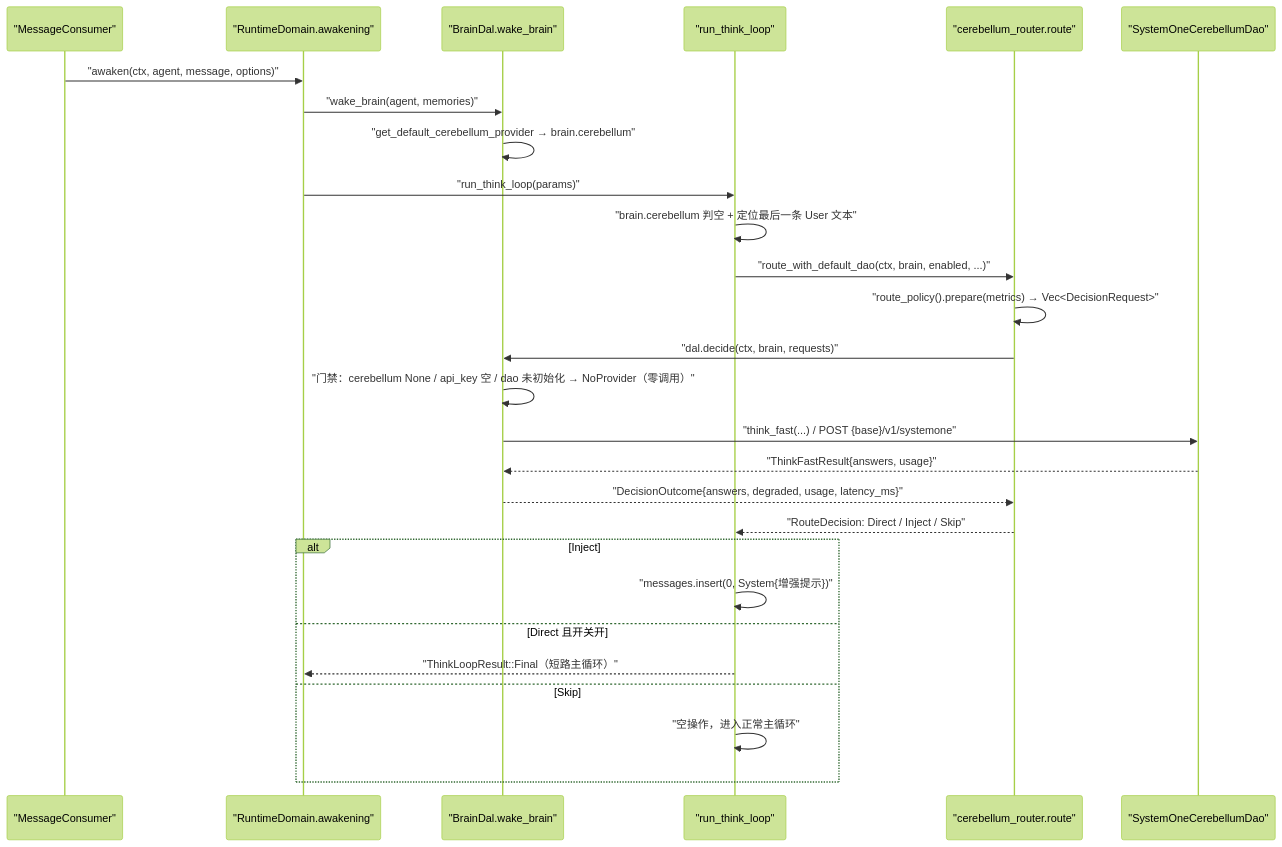
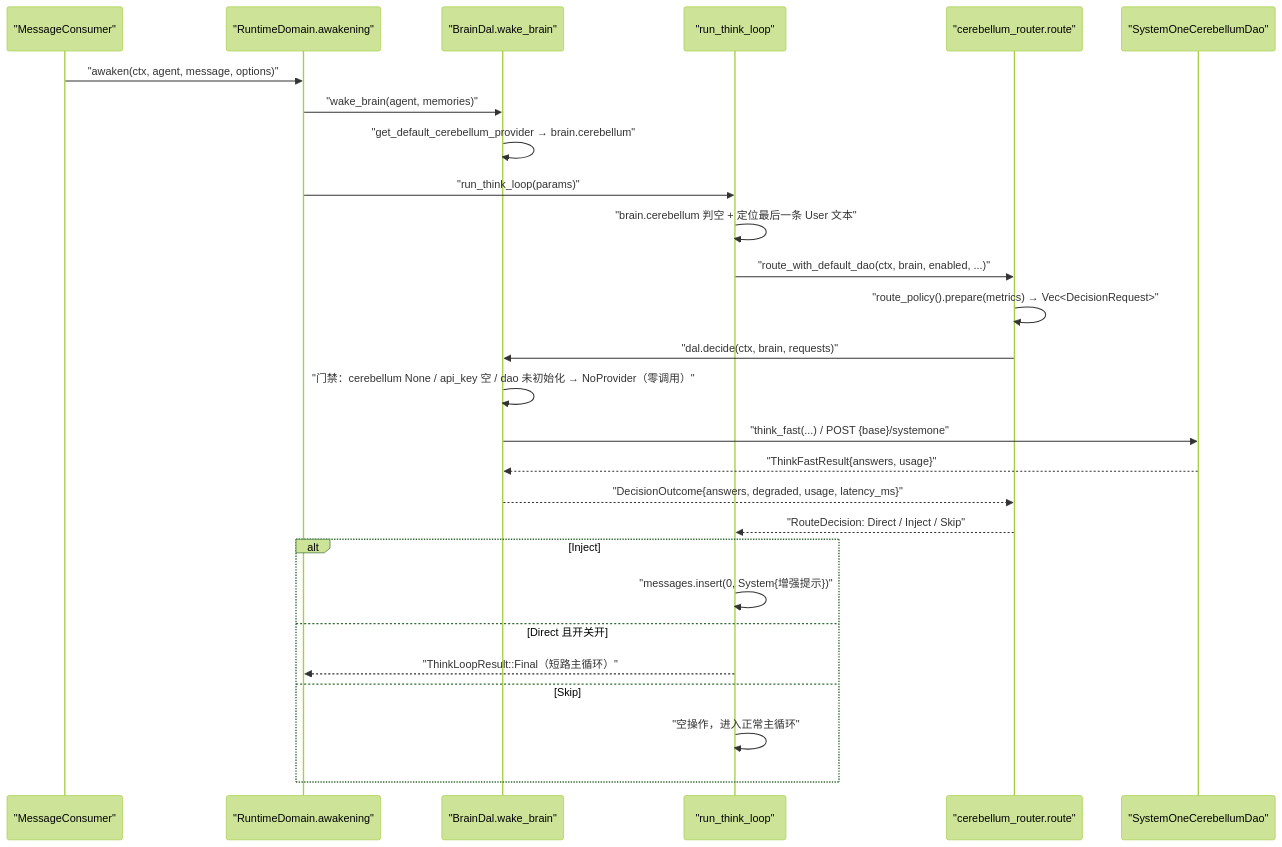
The second of 6 diagrams in docs/modules/02-Agent运行时/C-知识/小脑快判断（System One）.md (runningcoders/ai_orz), drawn with Mermaid (forest theme) before and after one commit. The commit also changed other lines of this file and 74 other files, not shown here.

````diff
--- a/docs/modules/02-Agent运行时/C-知识/小脑快判断（System One）.md
+++ b/docs/modules/02-Agent运行时/C-知识/小脑快判断（System One）.md
@@ -118,29 +118,29 @@
 ```mermaid
 sequenceDiagram
 participant Consumer as "MessageConsumer"
 participant Awaken as "RuntimeDomain.awakening"
 participant Brain as "BrainDal.wake_brain"
 participant PL as "run_think_loop"
 participant Router as "cerebellum_router.route"
 participant Cere as "SystemOneCerebellumDao"
 Consumer->>Awaken : "awaken(ctx, agent, message, options)"
 Awaken->>Brain : "wake_brain(agent, memories)"
 Brain->>Brain : "get_default_cerebellum_provider → brain.cerebellum"
 Awaken->>PL : "run_think_loop(params)"
 PL->>PL : "brain.cerebellum 判空 + 定位最后一条 User 文本"
 PL->>Router : "route_with_default_dao(ctx, brain, enabled, ...)"
 Router->>Router : "route_policy().prepare(metrics) → Vec<DecisionRequest>"
 Router->>Brain : "dal.decide(ctx, brain, requests)"
 Brain->>Brain : "门禁：cerebellum None / api_key 空 / dao 未初始化 → NoProvider（零调用）"
-Brain->>Cere : "think_fast(...) / POST {base}/v1/systemone"
+Brain->>Cere : "think_fast(...) / POST {base}/systemone"
 Cere-->>Brain : "ThinkFastResult{answers, usage}"
 Brain-->>Router : "DecisionOutcome{answers, degraded, usage, latency_ms}"
 Router-->>PL : "RouteDecision: Direct / Inject / Skip"
 alt Inject
 PL->>PL : "messages.insert(0, System{增强提示})"
 else Direct 且开关开
 PL-->>Awaken : "ThinkLoopResult::Final（短路主循环）"
 else Skip
 PL->>PL : "空操作，进入正常主循环"
 end
 ```
````
